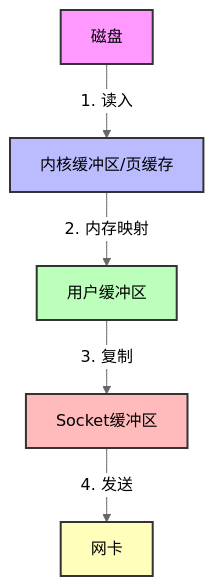
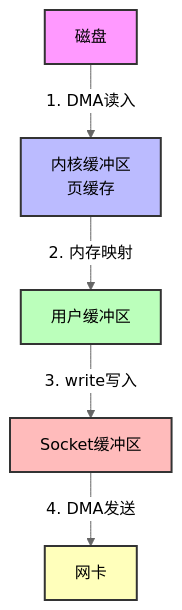
One commit to weiqiangxu/docs changed the fifth of 7 diagrams in posts/linux/零拷贝.md. Above: the diagram before and after it, drawn with Mermaid (neutral theme). The commit also changed other lines of this file and 16 other files, not shown here.

````diff
--- a/posts/linux/零拷贝.md
+++ b/posts/linux/零拷贝.md
@@ -71,13 +93,13 @@
 ```mermaid
-graph TD
-    A[磁盘] -->|1. 读入| B[内核缓冲区/页缓存]
+flowchart TD
+    A[磁盘] -->|1. DMA读入| B[内核缓冲区<br/>页缓存]
     B -->|2. 内存映射| C[用户缓冲区]
-    C -->|3. 复制| D[Socket缓冲区]
-    D -->|4. 发送| E[网卡]
+    C -->|3. write写入| D[Socket缓冲区]
+    D -->|4. DMA发送| E[网卡]
     
     style A fill:#f9f,stroke:#333,stroke-width:2px
     style B fill:#bbf,stroke:#333,stroke-width:2px
     style C fill:#bfb,stroke:#333,stroke-width:2px
     style D fill:#fbb,stroke:#333,stroke-width:2px
     style E fill:#ffb,stroke:#333,stroke-width:2px
 ```
````
